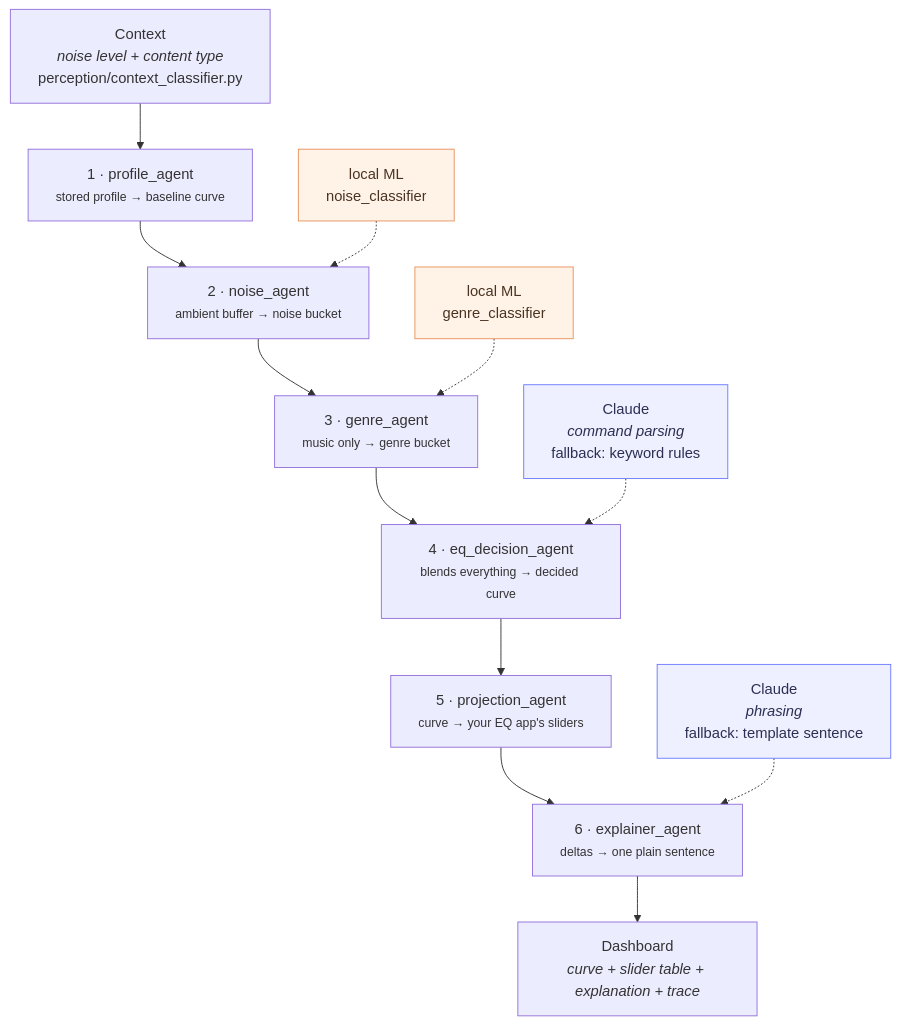
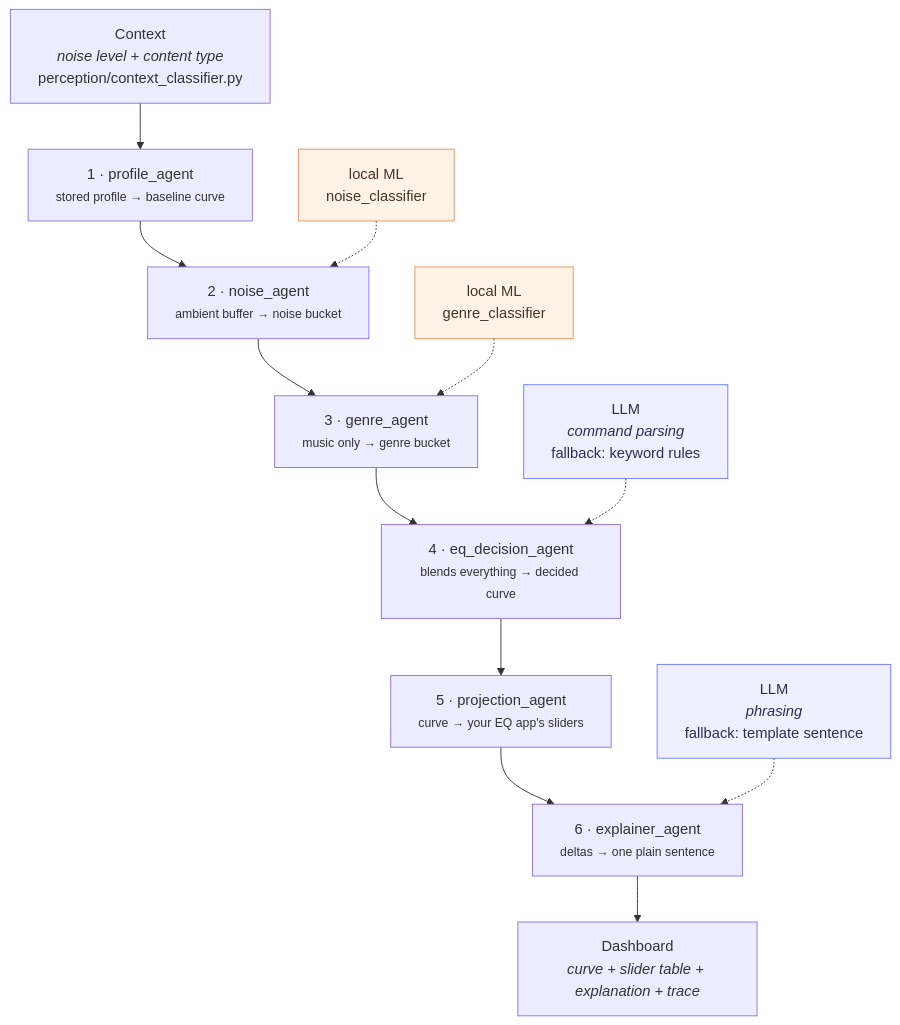
Before and after one commit to Ansh-P1/auratune: the diagram in docs/agent_pipeline.md, drawn with Mermaid. The commit also changed other lines of this file and 11 other files, not shown here.

````diff
--- a/docs/agent_pipeline.md
+++ b/docs/agent_pipeline.md
@@ -8,23 +8,23 @@
 ```mermaid
 flowchart TD
     IN["Context<br/><i>noise level + content type</i><br/>perception/context_classifier.py"] --> P
 
     P["1 · profile_agent<br/><small>stored profile → baseline curve</small>"] --> N
     N["2 · noise_agent<br/><small>ambient buffer → noise bucket</small>"] --> G
     G["3 · genre_agent<br/><small>music only → genre bucket</small>"] --> D
     D["4 · eq_decision_agent<br/><small>blends everything → decided curve</small>"] --> J
     J["5 · projection_agent<br/><small>curve → your EQ app's sliders</small>"] --> E
     E["6 · explainer_agent<br/><small>deltas → one plain sentence</small>"] --> OUT
 
     OUT["Dashboard<br/><i>curve + slider table + explanation + trace</i>"]
 
     ML1["local ML<br/>noise_classifier"] -.-> N
     ML2["local ML<br/>genre_classifier"] -.-> G
-    C1["Claude<br/><i>command parsing</i><br/>fallback: keyword rules"] -.-> D
-    C2["Claude<br/><i>phrasing</i><br/>fallback: template sentence"] -.-> E
+    C1["LLM<br/><i>command parsing</i><br/>fallback: keyword rules"] -.-> D
+    C2["LLM<br/><i>phrasing</i><br/>fallback: template sentence"] -.-> E
 
     classDef llm fill:#EEF0FF,stroke:#6C7BFF,color:#2B2F52;
     classDef ml fill:#FFF3E8,stroke:#E8925A,color:#4A3322;
     class C1,C2 llm;
     class ML1,ML2 ml;
 ```
````
